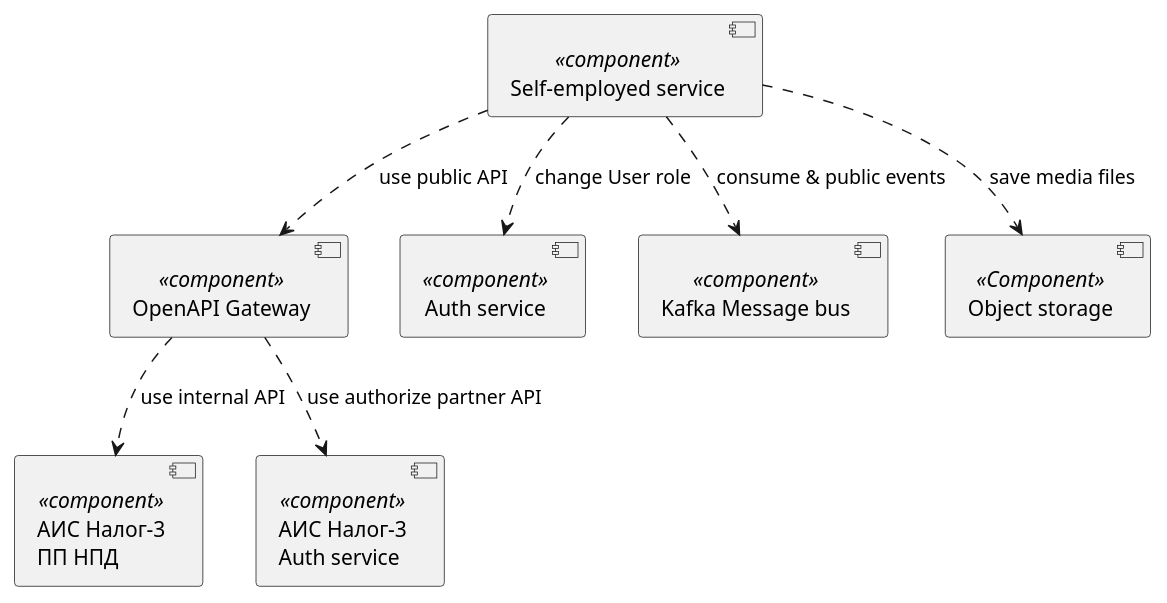
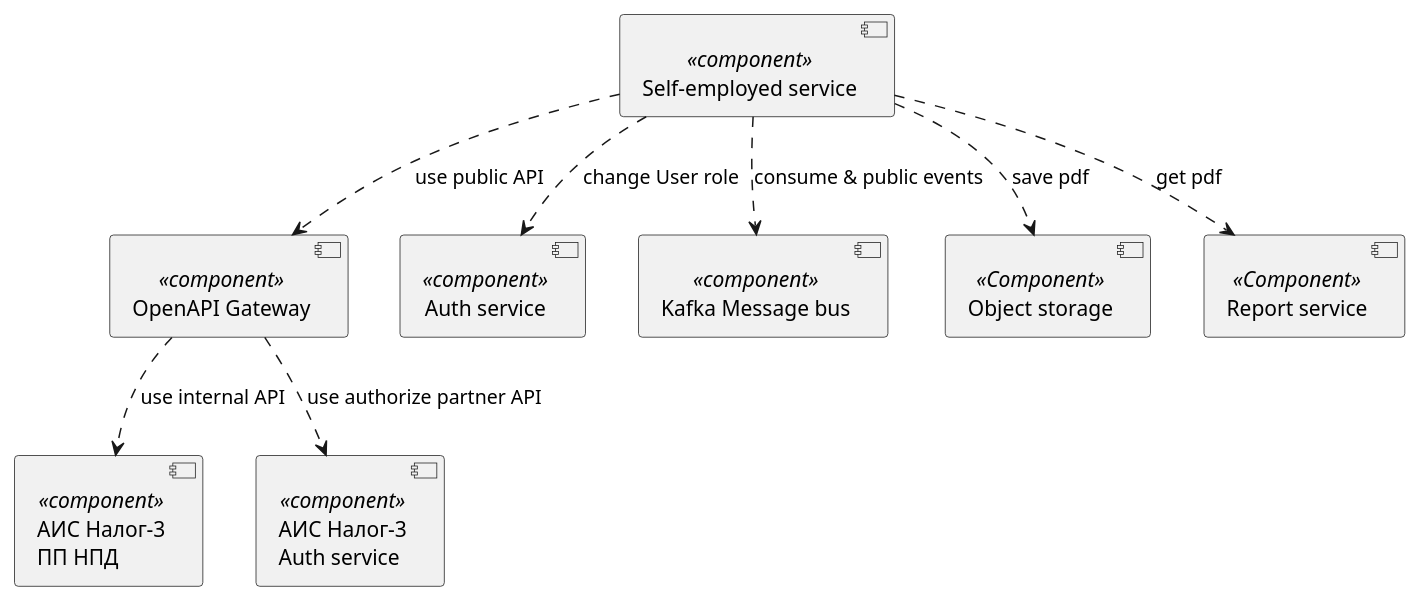
Before and after one commit to RaikBitters/ibank-internal-services: the first of 11 diagrams in diagrams/self-employed-service/components.puml, drawn with PlantUML. The commit also changed 1 other file, not shown here.

Commit message:
Updated components for self-empl.

```diff
--- a/diagrams/self-employed-service/components.puml
+++ b/diagrams/self-employed-service/components.puml
@@ -1,20 +1,22 @@
 @startuml high-level-model-components
 
 component "АИС Налог-3\nПП НПД" as Tax3 <<component>>
 component "АИС Налог-3\nAuth service" as Tax3AuthService <<component>>
 component "OpenAPI Gateway" as OpenAPI <<component>>
 
 component "Self-employed service" as SelfEmplService <<component>>
 component "Auth service" as AuthService <<component>>
 component "Kafka Message bus" as  Kafka <<component>>
-component "Object storage" as objectStorage <<Component>>
+component "Object storage" as ObjectStorage <<Component>>
+component "Report service" as ReportService <<Component>>
 
 OpenAPI ..> Tax3: use internal API
 OpenAPI ..> Tax3AuthService: use authorize partner API
 
 SelfEmplService ..> OpenAPI: use public API
 SelfEmplService ..> AuthService: change User role
 SelfEmplService ..> Kafka: consume & public events
-SelfEmplService ..> objectStorage: save media files
+SelfEmplService ..> ReportService: get pdf
+SelfEmplService ..> ObjectStorage: save pdf
 
 @enduml
```
